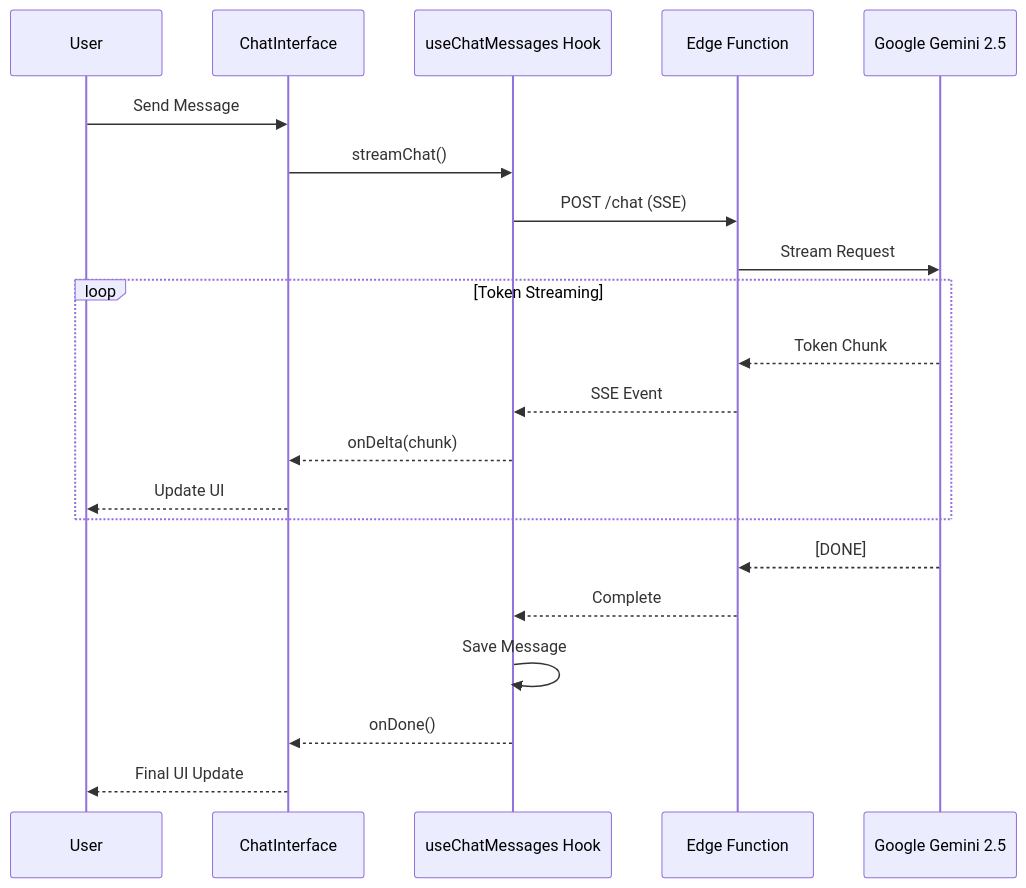
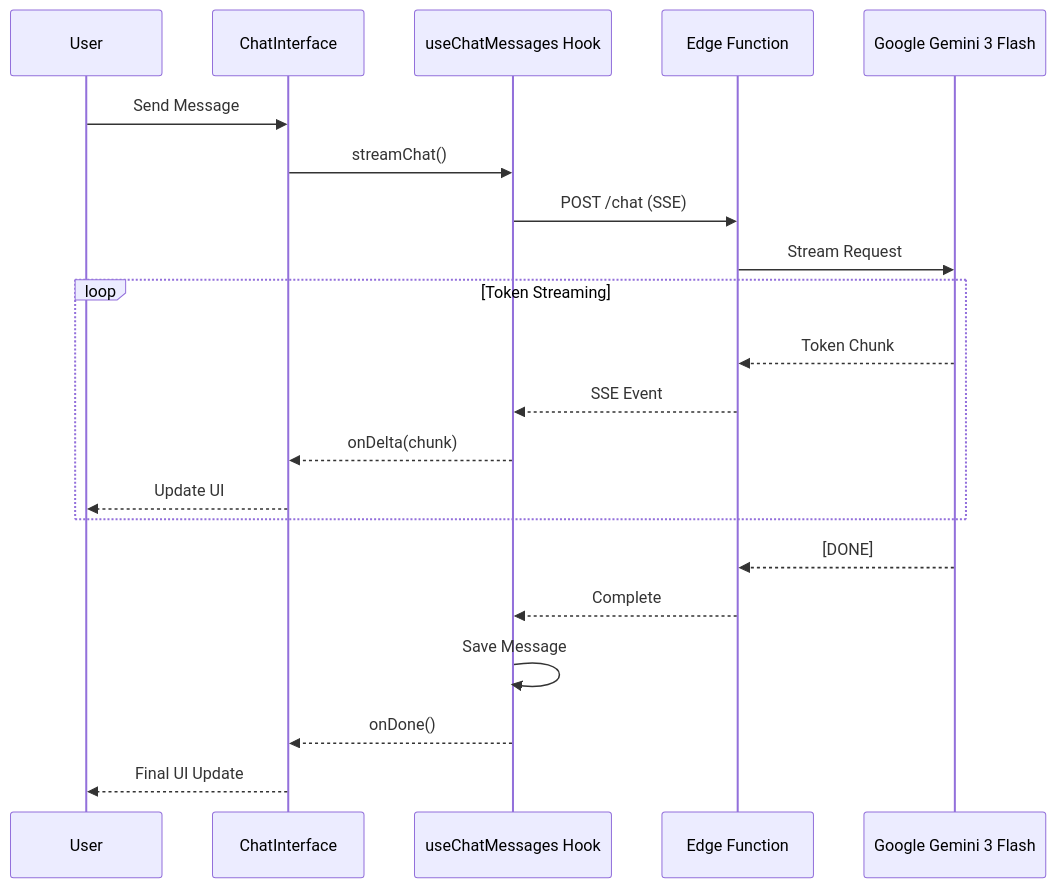
Before and after one commit to NickB03/vana: the fifth of 5 diagrams in README.md, drawn with Mermaid. The commit also changed other lines of this file and 84 other files, not shown here.

First line of the commit message:
feat: Complete Gemini 3 Flash migration from GLM (#521)

````diff
--- a/README.md
+++ b/README.md
@@ -874,26 +874,26 @@
 ```mermaid
 sequenceDiagram
     participant U as User
     participant C as ChatInterface
     participant H as useChatMessages Hook
     participant E as Edge Function
-    participant AI as Google Gemini 2.5
+    participant AI as Google Gemini 3 Flash
 
     U->>C: Send Message
     C->>H: streamChat()
     H->>E: POST /chat (SSE)
     E->>AI: Stream Request
 
     loop Token Streaming
         AI-->>E: Token Chunk
         E-->>H: SSE Event
         H-->>C: onDelta(chunk)
         C-->>U: Update UI
     end
 
     AI-->>E: [DONE]
     E-->>H: Complete
     H->>H: Save Message
     H-->>C: onDone()
     C-->>U: Final UI Update
 ```
````
